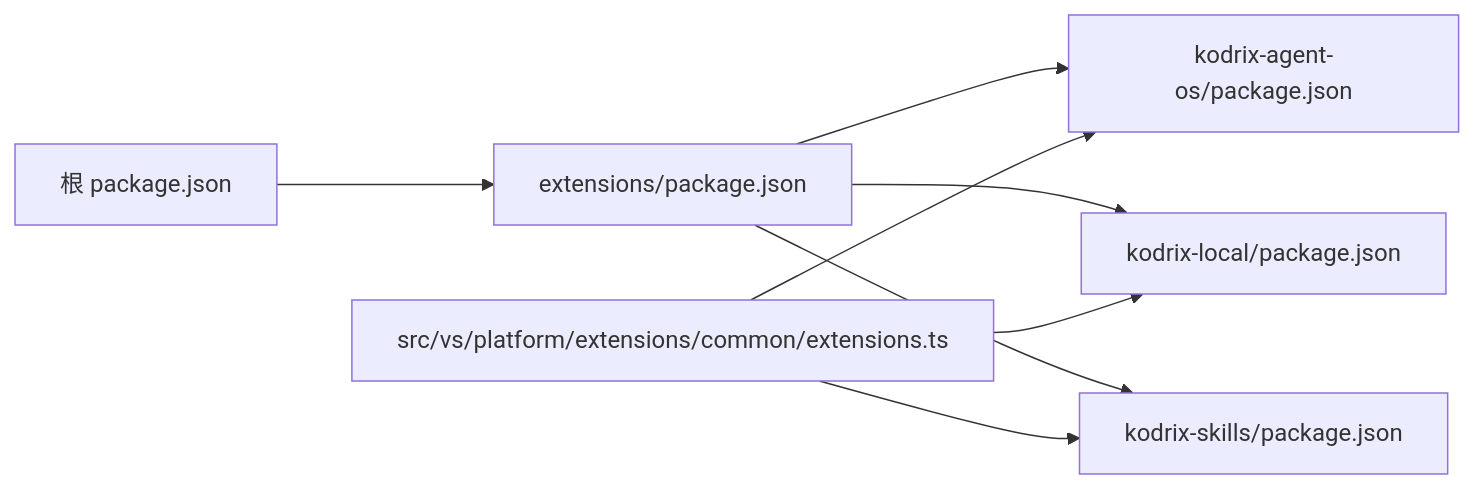
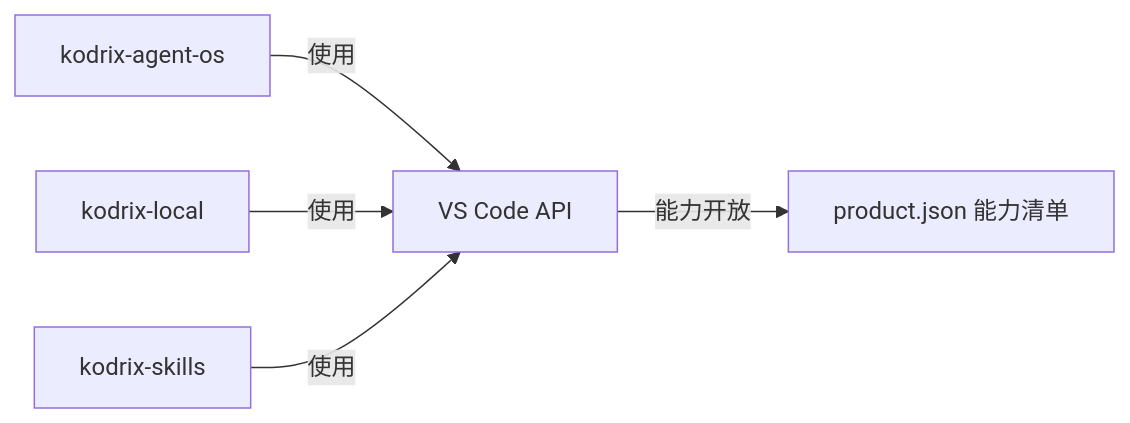
One commit to sofate798/KodrixCode changed the sixth of 6 diagrams in .qoder/repowiki/zh/content/扩展开发/扩展开发.md. Above: the diagram before and after it, drawn with Mermaid. The commit also changed other lines of this file and 178 other files, not shown here.

````diff
--- a/.qoder/repowiki/zh/content/扩展开发/扩展开发.md
+++ b/.qoder/repowiki/zh/content/扩展开发/扩展开发.md
@@ -251,10 +215,7 @@
 ```mermaid
 graph LR
-Root["根 package.json"] --> ExtPkg["extensions/package.json"]
-ExtPkg --> AgentOS["kodrix-agent-os/package.json"]
-ExtPkg --> Local["kodrix-local/package.json"]
-ExtPkg --> Skills["kodrix-skills/package.json"]
-Types["src/vs/platform/extensions/common/extensions.ts"] --> AgentOS
-Types --> Local
-Types --> Skills
+A["kodrix-agent-os"] --> |使用| VSC["VS Code API"]
+B["kodrix-local"] --> |使用| VSC
+C["kodrix-skills"] --> |使用| VSC
+VSC --> |能力开放| Prod["product.json 能力清单"]
 ```
````
